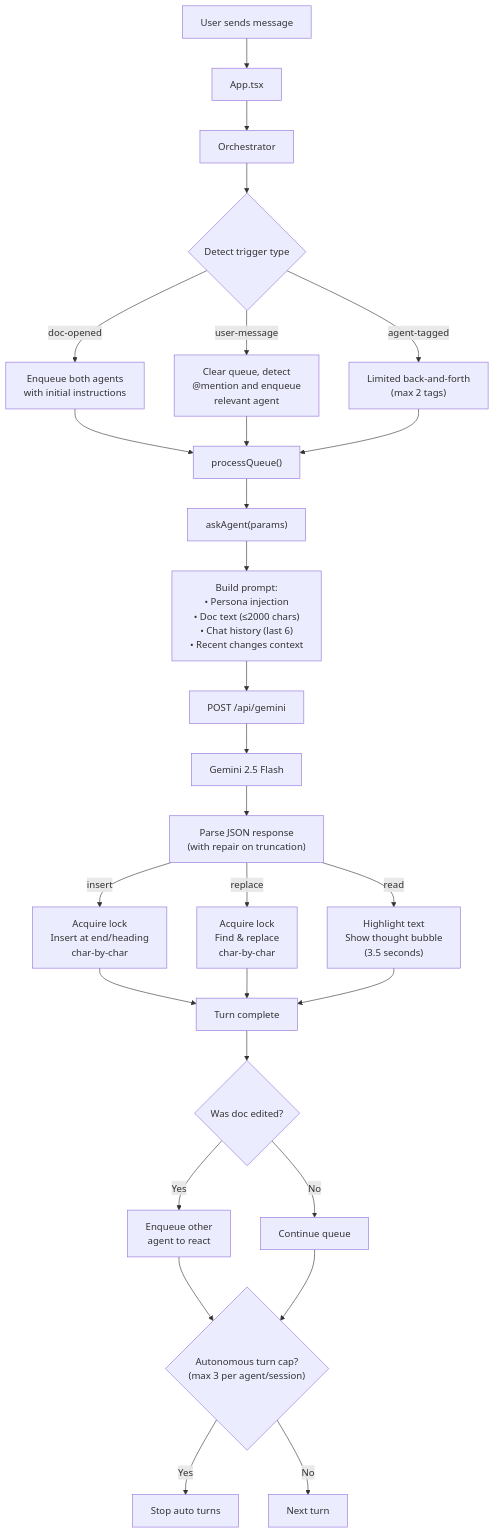
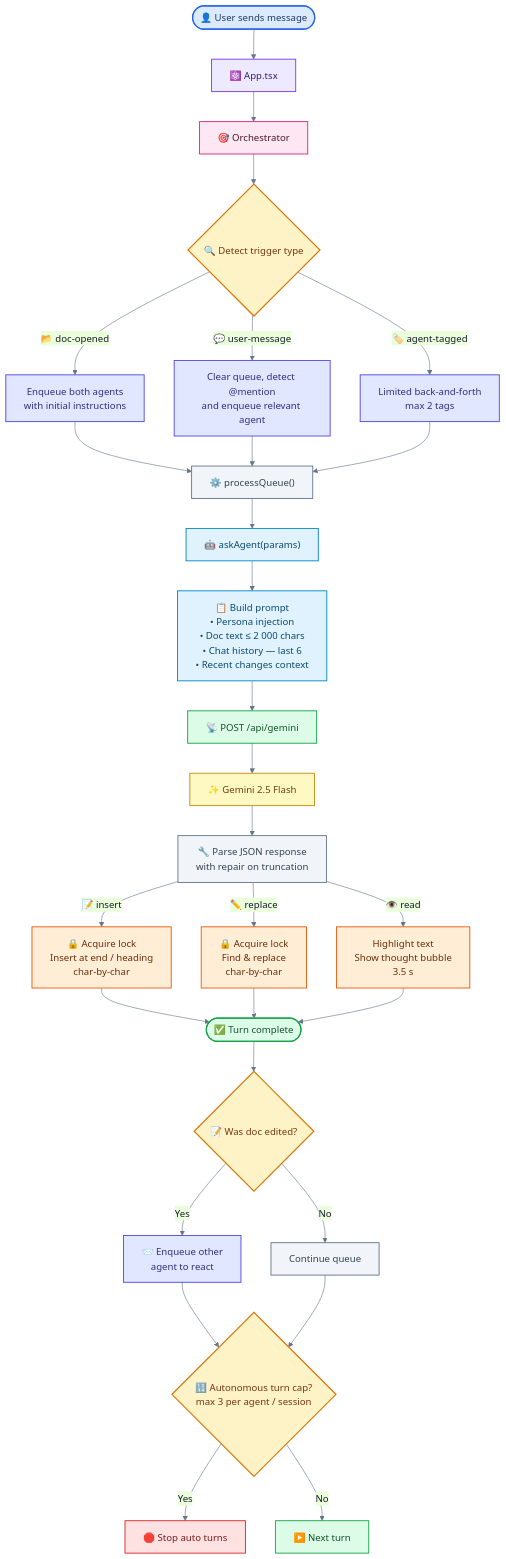
One commit to n3wth/collab changed the diagram in docs/diagrams/agent-turn-lifecycle.mmd. Above: the diagram before and after it, drawn with Mermaid. The commit also changed 5 other files, not shown here.

Commit message:
Beautify Mermaid diagrams with custom themes, colors, emojis, and activations

```diff
--- a/docs/diagrams/agent-turn-lifecycle.mmd
+++ b/docs/diagrams/agent-turn-lifecycle.mmd
@@ -1,35 +1,50 @@
+%%{init: {'theme': 'base', 'themeVariables': { 'primaryColor': '#dbeafe', 'primaryTextColor': '#1a1a2e', 'primaryBorderColor': '#2563eb', 'lineColor': '#64748b' }}}%%
 flowchart TD
-    A["User sends message"] --> B["App.tsx"]
-    B --> C["Orchestrator"]
-    C --> D{"Detect trigger type"}
+    A(["👤 User sends message"]):::input --> B["⚛️ App.tsx"]:::state
+    B --> C["🎯 Orchestrator"]:::orch
+    C --> D{"🔍 Detect trigger type"}:::decision
 
-    D -->|doc-opened| E["Enqueue both agents<br/>with initial instructions"]
-    D -->|user-message| F["Clear queue, detect<br/>@mention and enqueue<br/>relevant agent"]
-    D -->|agent-tagged| G["Limited back-and-forth<br/>(max 2 tags)"]
+    D -- "📂 doc-opened" --> E["Enqueue both agents<br/>with initial instructions"]:::trigger
+    D -- "💬 user-message" --> F["Clear queue, detect @mention<br/>and enqueue relevant agent"]:::trigger
+    D -- "🏷️ agent-tagged" --> G["Limited back-and-forth<br/>max 2 tags"]:::trigger
 
-    E --> H["processQueue()"]
+    E --> H["⚙️ processQueue#40;#41;"]:::process
     F --> H
     G --> H
 
-    H --> I["askAgent(params)"]
-    I --> J["Build prompt:<br/>• Persona injection<br/>• Doc text (≤2000 chars)<br/>• Chat history (last 6)<br/>• Recent changes context"]
-    J --> K["POST /api/gemini"]
-    K --> L["Gemini 2.5 Flash"]
-    L --> M["Parse JSON response<br/>(with repair on truncation)"]
+    H --> I["🤖 askAgent#40;params#41;"]:::agent
+    I --> J["📋 Build prompt<br/>• Persona injection<br/>• Doc text ≤ 2 000 chars<br/>• Chat history — last 6<br/>• Recent changes context"]:::agent
+    J --> K["📡 POST /api/gemini"]:::api
+    K --> L["✨ Gemini 2.5 Flash"]:::gemini
+    L --> M["🔧 Parse JSON response<br/>with repair on truncation"]:::process
 
-    M -->|insert| N["Acquire lock<br/>Insert at end/heading<br/>char-by-char"]
-    M -->|replace| O["Acquire lock<br/>Find & replace<br/>char-by-char"]
-    M -->|read| P["Highlight text<br/>Show thought bubble<br/>(3.5 seconds)"]
+    M -- "📝 insert" --> N["🔒 Acquire lock<br/>Insert at end / heading<br/>char-by-char"]:::action
+    M -- "✏️ replace" --> O["🔒 Acquire lock<br/>Find &amp; replace<br/>char-by-char"]:::action
+    M -- "👁️ read" --> P["Highlight text<br/>Show thought bubble<br/>3.5 s"]:::action
 
-    N --> Q["Turn complete"]
+    N --> Q(["✅ Turn complete"]):::done
     O --> Q
     P --> Q
 
-    Q --> R{"Was doc edited?"}
-    R -->|Yes| S["Enqueue other<br/>agent to react"]
-    R -->|No| T["Continue queue"]
+    Q --> R{"📝 Was doc edited?"}:::decision
+    R -- "Yes" --> S["📨 Enqueue other<br/>agent to react"]:::trigger
+    R -- "No" --> T["Continue queue"]:::process
 
-    S --> U{"Autonomous turn cap?<br/>(max 3 per agent/session)"}
+    S --> U{"🔢 Autonomous turn cap?<br/>max 3 per agent / session"}:::decision
     T --> U
-    U -->|Yes| V["Stop auto turns"]
-    U -->|No| W["Next turn"]
+    U -- "Yes" --> V["🛑 Stop auto turns"]:::stop
+    U -- "No" --> W["▶️ Next turn"]:::next
+
+    classDef input fill:#dbeafe,stroke:#2563eb,stroke-width:2px,color:#1e3a5f
+    classDef state fill:#ede9fe,stroke:#7c3aed,stroke-width:1.5px,color:#3b1f6e
+    classDef orch fill:#fce7f3,stroke:#db2777,stroke-width:1.5px,color:#4a1930
+    classDef decision fill:#fef3c7,stroke:#d97706,stroke-width:2px,color:#78350f
+    classDef trigger fill:#e0e7ff,stroke:#4f46e5,stroke-width:1.5px,color:#312e81
+    classDef process fill:#f1f5f9,stroke:#64748b,stroke-width:1.5px,color:#334155
+    classDef agent fill:#e0f2fe,stroke:#0284c7,stroke-width:1.5px,color:#0c4a6e
+    classDef api fill:#dcfce7,stroke:#16a34a,stroke-width:1.5px,color:#14532d
+    classDef gemini fill:#fef9c3,stroke:#ca8a04,stroke-width:1.5px,color:#713f12
+    classDef action fill:#ffedd5,stroke:#ea580c,stroke-width:1.5px,color:#6b2f0a
+    classDef done fill:#dcfce7,stroke:#16a34a,stroke-width:2px,color:#14532d
+    classDef stop fill:#fee2e2,stroke:#dc2626,stroke-width:1.5px,color:#7f1d1d
+    classDef next fill:#dcfce7,stroke:#16a34a,stroke-width:1.5px,color:#14532d
```
